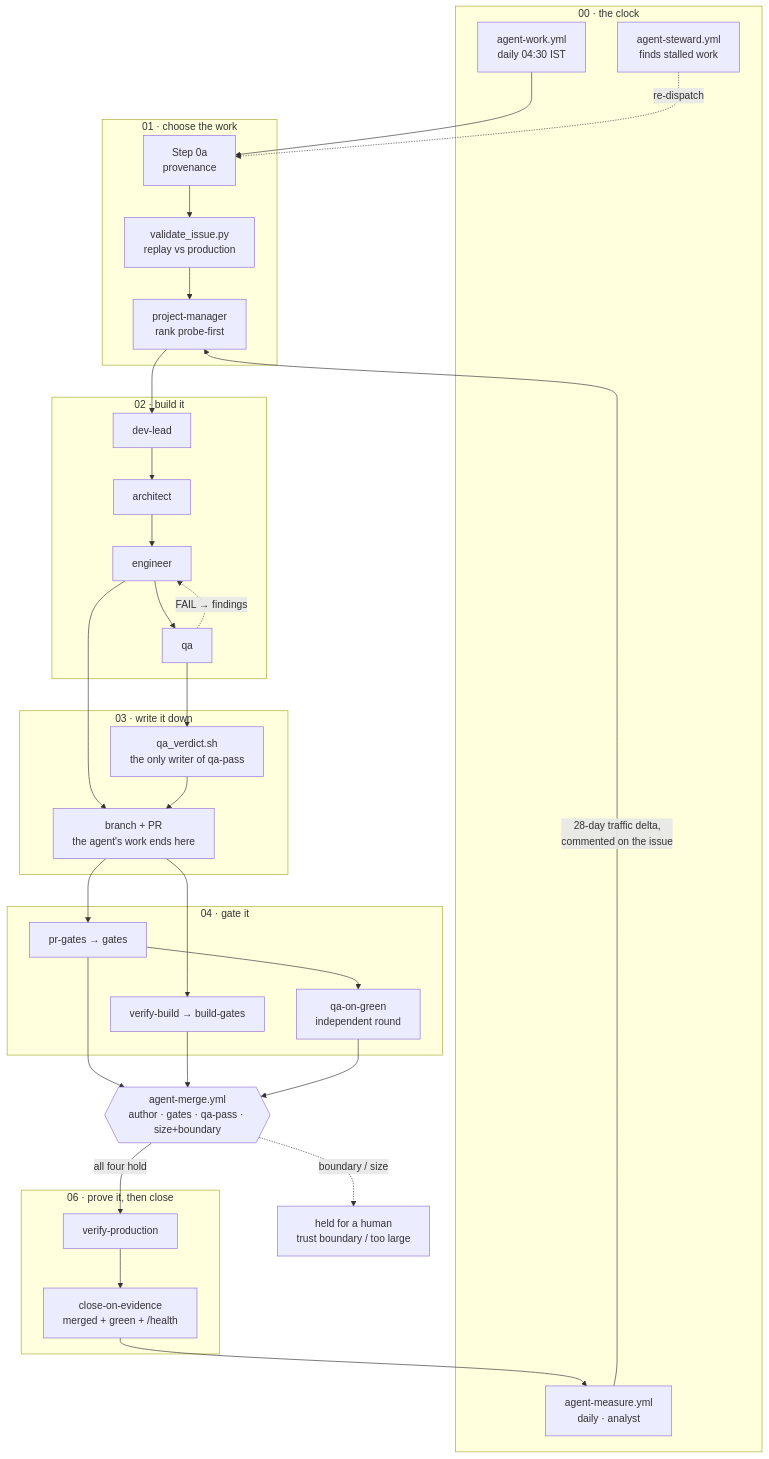
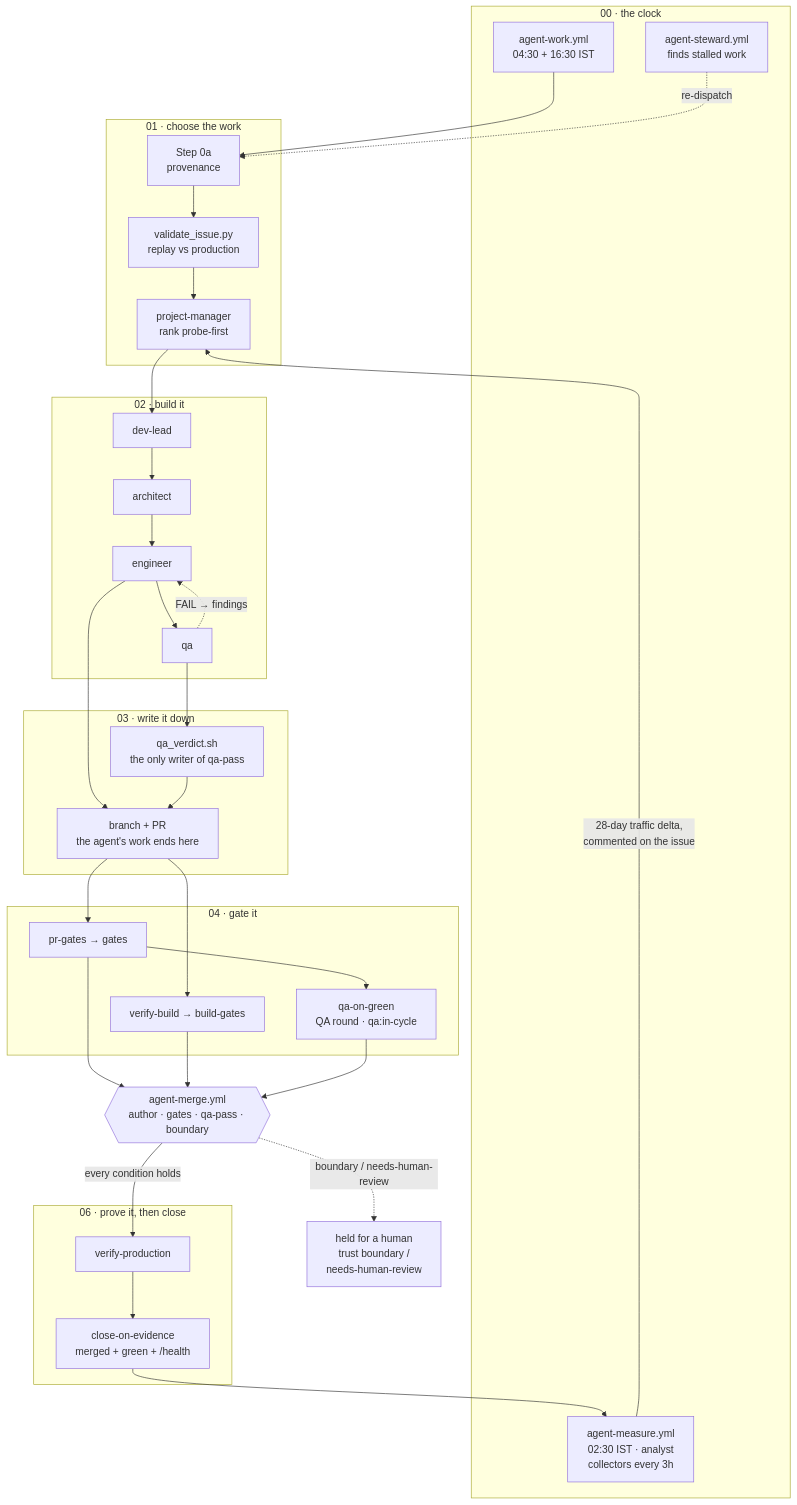
The diagram in README.md (mahAnuj/astro-ai), drawn with Mermaid before and after one commit. The commit also changed other lines of this file and 1 other file, not shown here.

First line of the commit message:
docs: correct 8 false claims in the agent-cycle DAG (QA round 1, #564)

````diff
--- a/README.md
+++ b/README.md
@@ -186,50 +186,50 @@
 ```mermaid
 flowchart TD
     subgraph CLOCK["00 · the clock"]
-        W["agent-work.yml<br/>daily 04:30 IST"]
+        W["agent-work.yml<br/>04:30 + 16:30 IST"]
         S["agent-steward.yml<br/>finds stalled work"]
-        M["agent-measure.yml<br/>daily · analyst"]
+        M["agent-measure.yml<br/>02:30 IST · analyst<br/>collectors every 3h"]
     end
 
     subgraph PICK["01 · choose the work"]
         P["Step 0a<br/>provenance"]
         V["validate_issue.py<br/>replay vs production"]
         R["project-manager<br/>rank probe-first"]
     end
 
     subgraph BUILD["02 · build it"]
         DL["dev-lead"] --> AR["architect"] --> EN["engineer"] --> QA["qa"]
         QA -. "FAIL → findings" .-> EN
     end
 
     subgraph WRITE["03 · write it down"]
         QV["qa_verdict.sh<br/>the only writer of qa-pass"]
         PR["branch + PR<br/>the agent's work ends here"]
     end
 
     subgraph GATE["04 · gate it"]
         G1["pr-gates → gates"]
         G2["verify-build → build-gates"]
-        QG["qa-on-green<br/>independent round"]
+        QG["qa-on-green<br/>QA round · qa:in-cycle"]
     end
 
-    AM{{"agent-merge.yml<br/>author · gates · qa-pass · size+boundary"}}
-    HOLD["held for a human<br/>trust boundary / too large"]
+    AM{{"agent-merge.yml<br/>author · gates · qa-pass · boundary"}}
+    HOLD["held for a human<br/>trust boundary /<br/>needs-human-review"]
 
     subgraph PROVE["06 · prove it, then close"]
         VP["verify-production"]
         CE["close-on-evidence<br/>merged + green + /health"]
     end
 
     W --> P --> V --> R --> DL
     S -. "re-dispatch" .-> P
     EN --> PR
     QA --> QV --> PR
     PR --> G1 & G2
     G1 --> QG
     G1 & G2 & QG --> AM
-    AM -- "all four hold" --> VP --> CE
-    AM -. "boundary / size" .-> HOLD
+    AM -- "every condition holds" --> VP --> CE
+    AM -. "boundary / needs-human-review" .-> HOLD
     CE --> M
     M -- "28-day traffic delta,<br/>commented on the issue" --> R
 ```
````
